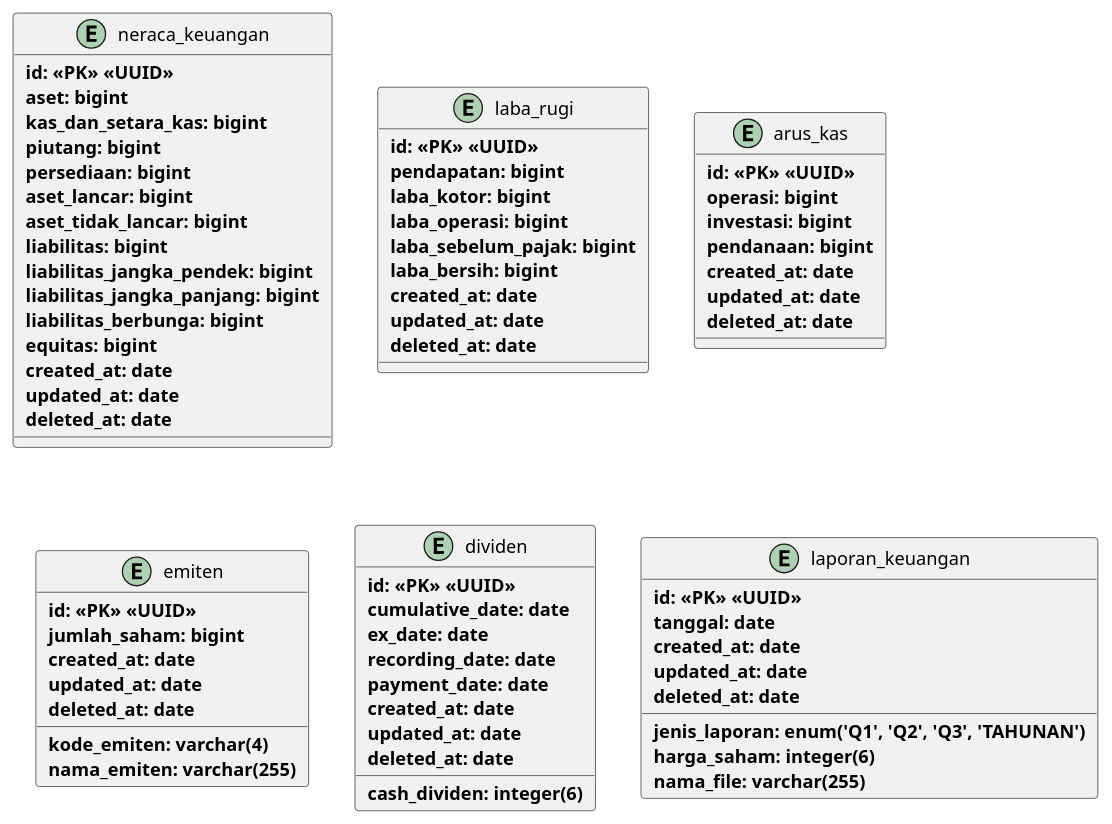
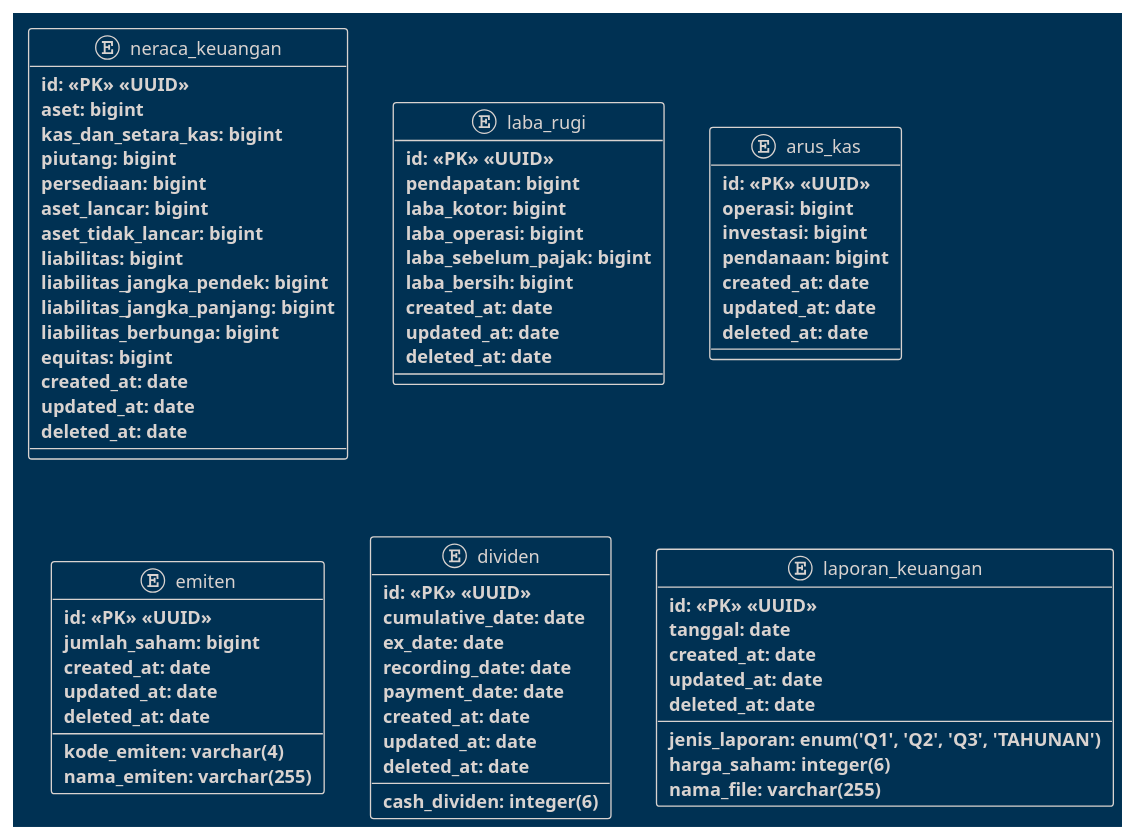
Before and after one commit to lukmanharun1/laporan_keuangan: the diagram in erd-laporan-keuangan/laporan_emiten.puml, drawn with PlantUML.

Commit message:
ubah theme jadi blueprint

```diff
--- a/erd-laporan-keuangan/laporan_emiten.puml
+++ b/erd-laporan-keuangan/laporan_emiten.puml
@@ -1,73 +1,74 @@
 @startuml laporan_emiten
+!theme blueprint
   entity neraca_keuangan {
     ** id: <<PK>> <<UUID>> **
     ** aset: bigint **
     ** kas_dan_setara_kas: bigint **
     ** piutang: bigint **
     ** persediaan: bigint **
     ** aset_lancar: bigint **
     ** aset_tidak_lancar: bigint **
     ** liabilitas: bigint **
     ** liabilitas_jangka_pendek: bigint **
     ** liabilitas_jangka_panjang: bigint **
     ** liabilitas_berbunga: bigint **
     ** equitas: bigint **
     ** created_at: date **
     ** updated_at: date **
     ** deleted_at: date **
   }
 
   entity laba_rugi {
     ** id: <<PK>> <<UUID>> **
     ** pendapatan: bigint **
     ** laba_kotor: bigint **
     ** laba_operasi: bigint **
     ** laba_sebelum_pajak: bigint **
     ** laba_bersih: bigint **
     ** created_at: date **
     ** updated_at: date **
     ** deleted_at: date **
   }
 
   entity arus_kas {
     ** id: <<PK>> <<UUID>> **
     ** operasi: bigint **
     ** investasi: bigint **
     ** pendanaan: bigint **
     ** created_at: date **
     ** updated_at: date **
     ** deleted_at: date **
   }
 
   entity emiten {
     ** id: <<PK>> <<UUID>> **
     ** kode_emiten: varchar(4) **
     ** nama_emiten: varchar(255) **
     ** jumlah_saham: bigint **
     ** created_at: date **
     ** updated_at: date **
     ** deleted_at: date **
   }
 
   entity dividen {
     ** id: <<PK>> <<UUID>> **
     ** cash_dividen: integer(6) **
     ** cumulative_date: date **
     ** ex_date: date **
     ** recording_date: date **
     ** payment_date: date **
     ** created_at: date **
     ** updated_at: date **
     ** deleted_at: date **
   }
   entity laporan_keuangan {
     ** id: <<PK>> <<UUID>> **
     ** jenis_laporan: enum('Q1', 'Q2', 'Q3', 'TAHUNAN') **
     ** tanggal: date **
     ** harga_saham: integer(6) **
     ** nama_file: varchar(255) **
     ** created_at: date **
     ** updated_at: date **
     ** deleted_at: date **
   }
 @enduml
```
